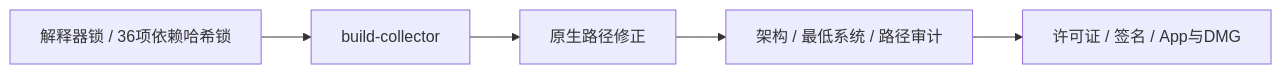
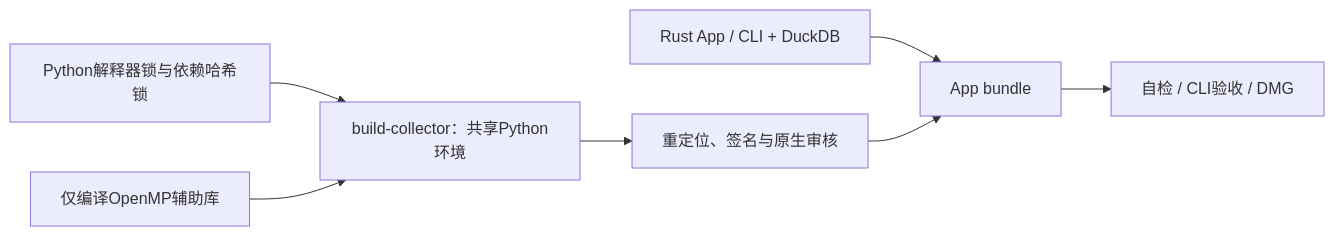
One commit to Dennishaha/JFQuant changed the diagram in crates/app/packaging/README.md. Above: the diagram before and after it, drawn with Mermaid. The commit also changed other lines of this file and 97 other files, not shown here.

````diff
--- a/crates/app/packaging/README.md
+++ b/crates/app/packaging/README.md
@@ -183,7 +6,9 @@
 ```mermaid
 flowchart LR
-  L[解释器锁 / 36项依赖哈希锁] --> B[build-collector]
-  B --> R[原生路径修正]
-  R --> V[架构 / 最低系统 / 路径审计]
-  V --> S[许可证 / 签名 / App与DMG]
+ L[Python解释器锁与依赖哈希锁] --> P[build-collector：共享Python环境]
+ O[仅编译OpenMP辅助库] --> P
+ P --> V[重定位、签名与原生审核]
+ R[Rust App / CLI + DuckDB] --> B[App bundle]
+ V --> B
+ B --> T[自检 / CLI验收 / DMG]
 ```
````
